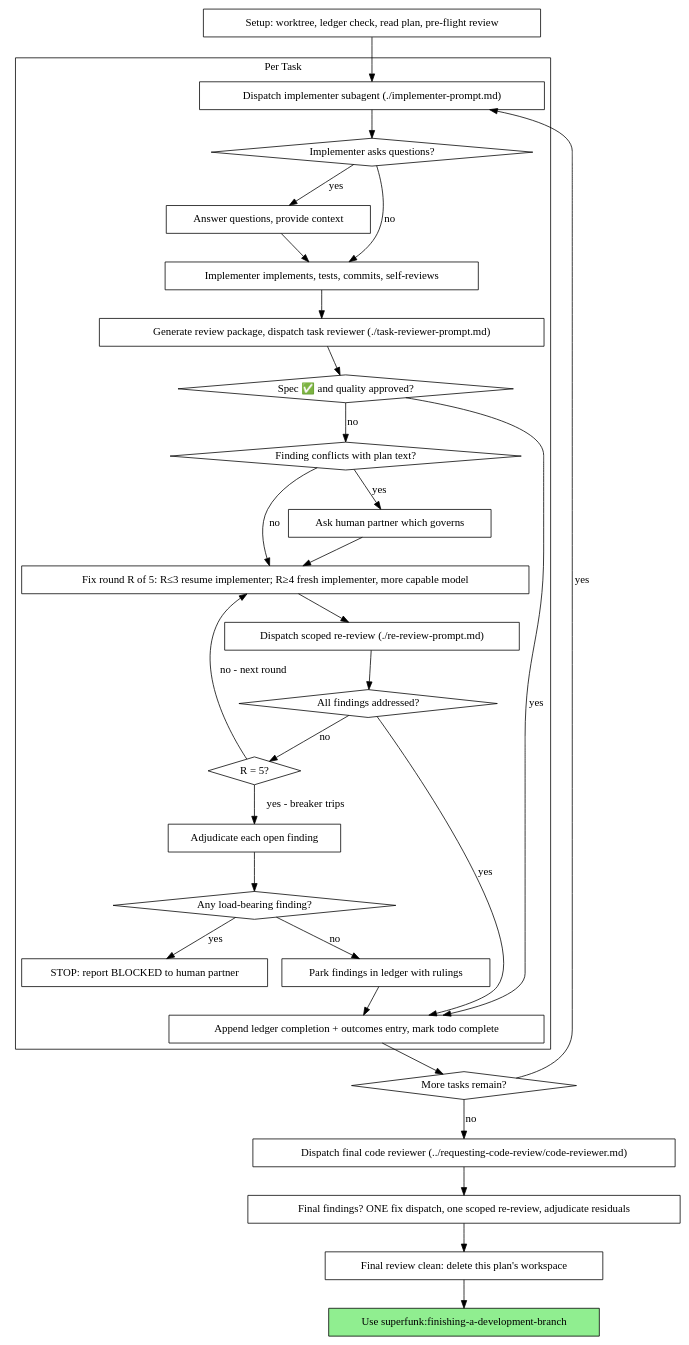
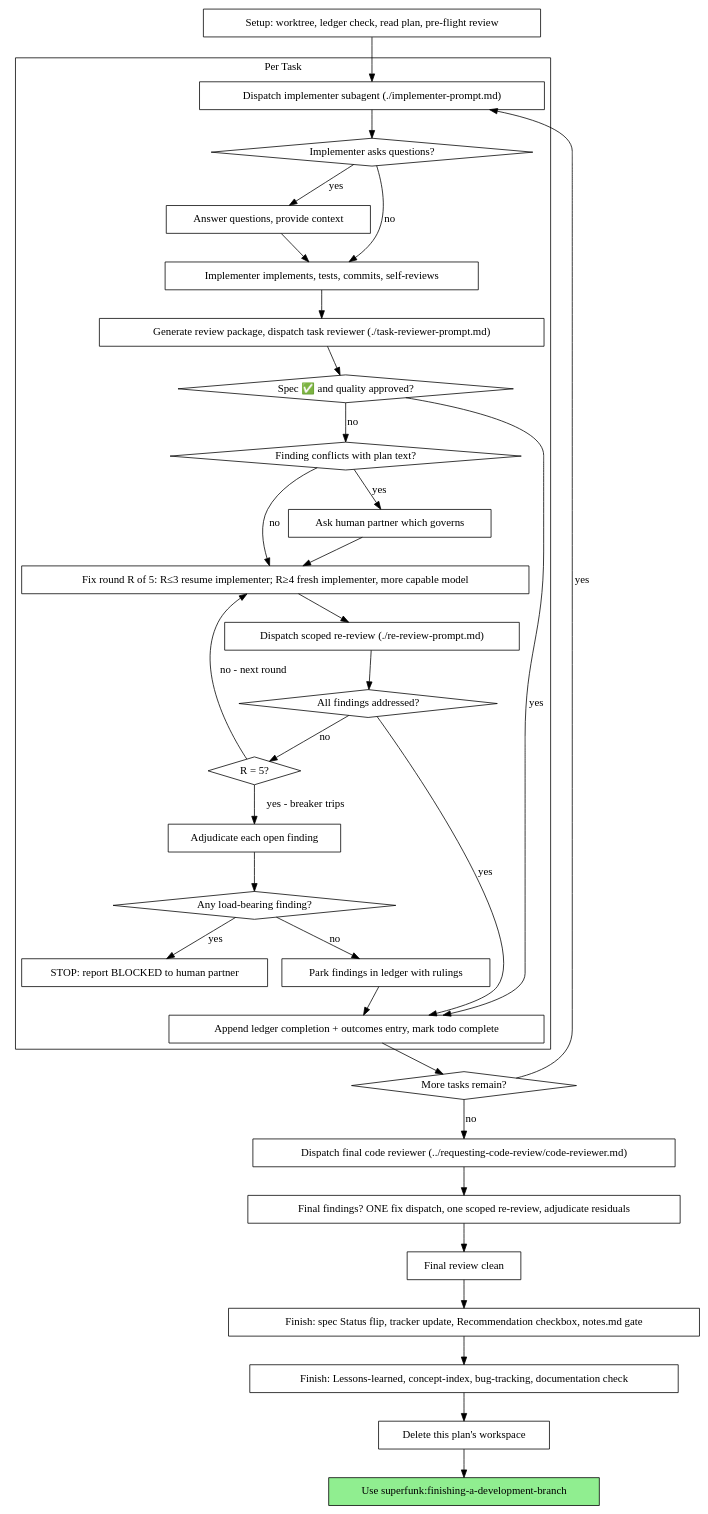
Before and after one commit to mattbran87/superfunk: the second of 2 diagrams in plugin/skills/subagent-driven-development/SKILL.md, drawn with Graphviz.

Commit message:
fix(skills): refresh subagent-driven-development's process diagram to depict Finish's bookkeeping sequence

````diff
--- a/plugin/skills/subagent-driven-development/SKILL.md
+++ b/plugin/skills/subagent-driven-development/SKILL.md
@@ -47,62 +47,68 @@
 ```dot
 digraph process {
     rankdir=TB;
 
     subgraph cluster_per_task {
         label="Per Task";
         "Dispatch implementer subagent (./implementer-prompt.md)" [shape=box];
         "Implementer asks questions?" [shape=diamond];
         "Answer questions, provide context" [shape=box];
         "Implementer implements, tests, commits, self-reviews" [shape=box];
         "Generate review package, dispatch task reviewer (./task-reviewer-prompt.md)" [shape=box];
         "Spec ✅ and quality approved?" [shape=diamond];
         "Finding conflicts with plan text?" [shape=diamond];
         "Ask human partner which governs" [shape=box];
         "Fix round R of 5: R≤3 resume implementer; R≥4 fresh implementer, more capable model" [shape=box];
         "Dispatch scoped re-review (./re-review-prompt.md)" [shape=box];
         "All findings addressed?" [shape=diamond];
         "R = 5?" [shape=diamond];
         "Adjudicate each open finding" [shape=box];
         "Any load-bearing finding?" [shape=diamond];
         "STOP: report BLOCKED to human partner" [shape=box];
         "Park findings in ledger with rulings" [shape=box];
         "Append ledger completion + outcomes entry, mark todo complete" [shape=box];
     }
 
     "Setup: worktree, ledger check, read plan, pre-flight review" [shape=box];
     "More tasks remain?" [shape=diamond];
     "Dispatch final code reviewer (../requesting-code-review/code-reviewer.md)" [shape=box];
     "Final findings? ONE fix dispatch, one scoped re-review, adjudicate residuals" [shape=box];
-    "Final review clean: delete this plan's workspace" [shape=box];
+    "Final review clean" [shape=box];
+    "Finish: spec Status flip, tracker update, Recommendation checkbox, notes.md gate" [shape=box];
+    "Finish: Lessons-learned, concept-index, bug-tracking, documentation check" [shape=box];
+    "Delete this plan's workspace" [shape=box];
     "Use superfunk:finishing-a-development-branch" [shape=box style=filled fillcolor=lightgreen];
 
     "Setup: worktree, ledger check, read plan, pre-flight review" -> "Dispatch implementer subagent (./implementer-prompt.md)";
     "Dispatch implementer subagent (./implementer-prompt.md)" -> "Implementer asks questions?";
     "Implementer asks questions?" -> "Answer questions, provide context" [label="yes"];
     "Answer questions, provide context" -> "Implementer implements, tests, commits, self-reviews";
     "Implementer asks questions?" -> "Implementer implements, tests, commits, self-reviews" [label="no"];
     "Implementer implements, tests, commits, self-reviews" -> "Generate review package, dispatch task reviewer (./task-reviewer-prompt.md)";
     "Generate review package, dispatch task reviewer (./task-reviewer-prompt.md)" -> "Spec ✅ and quality approved?";
     "Spec ✅ and quality approved?" -> "Append ledger completion + outcomes entry, mark todo complete" [label="yes"];
     "Spec ✅ and quality approved?" -> "Finding conflicts with plan text?" [label="no"];
     "Finding conflicts with plan text?" -> "Ask human partner which governs" [label="yes"];
     "Ask human partner which governs" -> "Fix round R of 5: R≤3 resume implementer; R≥4 fresh implementer, more capable model";
     "Finding conflicts with plan text?" -> "Fix round R of 5: R≤3 resume implementer; R≥4 fresh implementer, more capable model" [label="no"];
     "Fix round R of 5: R≤3 resume implementer; R≥4 fresh implementer, more capable model" -> "Dispatch scoped re-review (./re-review-prompt.md)";
     "Dispatch scoped re-review (./re-review-prompt.md)" -> "All findings addressed?";
     "All findings addressed?" -> "Append ledger completion + outcomes entry, mark todo complete" [label="yes"];
     "All findings addressed?" -> "R = 5?" [label="no"];
     "R = 5?" -> "Fix round R of 5: R≤3 resume implementer; R≥4 fresh implementer, more capable model" [label="no - next round"];
     "R = 5?" -> "Adjudicate each open finding" [label="yes - breaker trips"];
     "Adjudicate each open finding" -> "Any load-bearing finding?";
     "Any load-bearing finding?" -> "STOP: report BLOCKED to human partner" [label="yes"];
     "Any load-bearing finding?" -> "Park findings in ledger with rulings" [label="no"];
     "Park findings in ledger with rulings" -> "Append ledger completion + outcomes entry, mark todo complete";
     "Append ledger completion + outcomes entry, mark todo complete" -> "More tasks remain?";
     "More tasks remain?" -> "Dispatch implementer subagent (./implementer-prompt.md)" [label="yes"];
     "More tasks remain?" -> "Dispatch final code reviewer (../requesting-code-review/code-reviewer.md)" [label="no"];
     "Dispatch final code reviewer (../requesting-code-review/code-reviewer.md)" -> "Final findings? ONE fix dispatch, one scoped re-review, adjudicate residuals";
-    "Final findings? ONE fix dispatch, one scoped re-review, adjudicate residuals" -> "Final review clean: delete this plan's workspace";
-    "Final review clean: delete this plan's workspace" -> "Use superfunk:finishing-a-development-branch";
+    "Final findings? ONE fix dispatch, one scoped re-review, adjudicate residuals" -> "Final review clean";
+    "Final review clean" -> "Finish: spec Status flip, tracker update, Recommendation checkbox, notes.md gate";
+    "Finish: spec Status flip, tracker update, Recommendation checkbox, notes.md gate" -> "Finish: Lessons-learned, concept-index, bug-tracking, documentation check";
+    "Finish: Lessons-learned, concept-index, bug-tracking, documentation check" -> "Delete this plan's workspace";
+    "Delete this plan's workspace" -> "Use superfunk:finishing-a-development-branch";
 }
 ```
````
